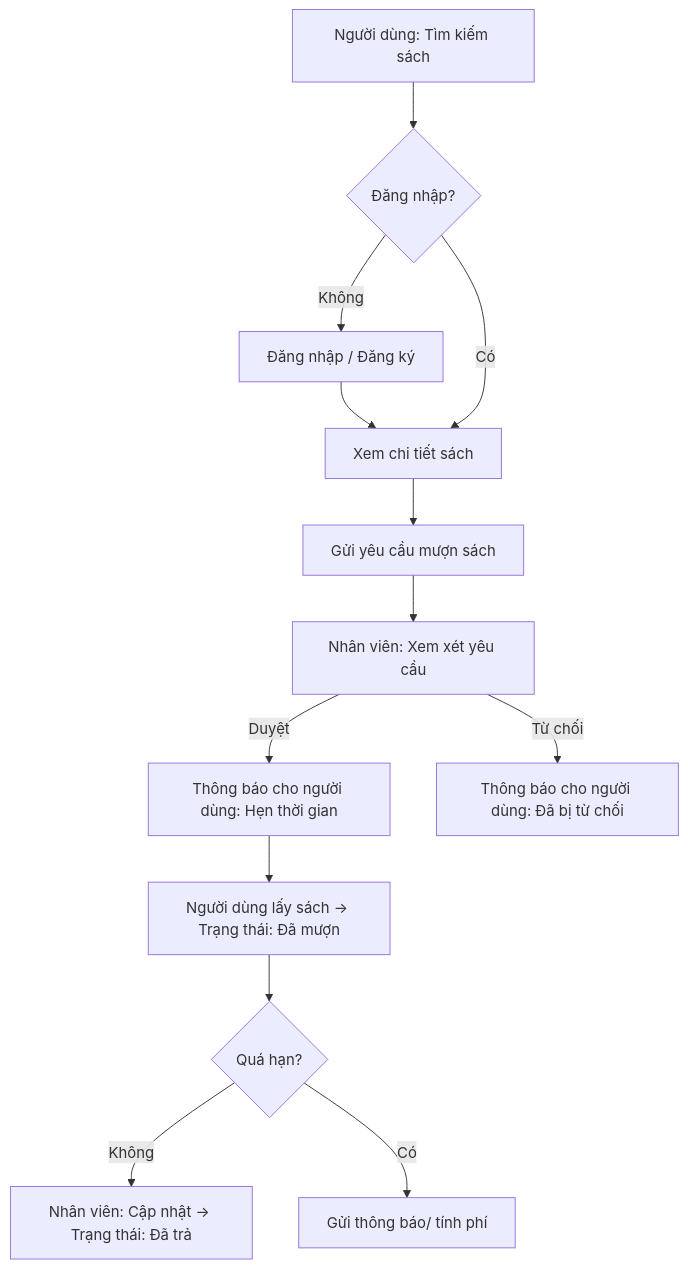
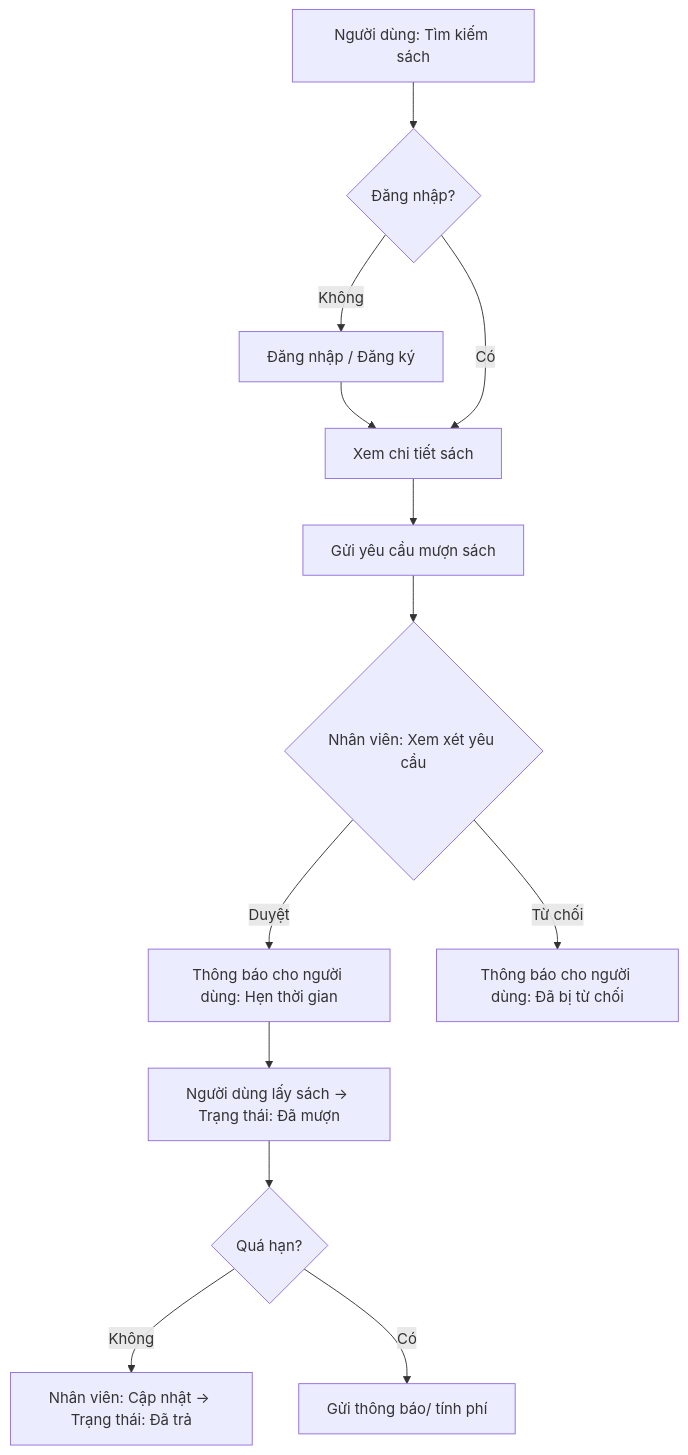
Before and after one commit to lthnhuw/Thu-vien: the diagram in README.md, drawn with Mermaid.

````diff
--- a/README.md
+++ b/README.md
@@ -33,15 +33,15 @@
 ```mermaid
 flowchart TD
   A[Người dùng: Tìm kiếm sách] --> B{Đăng nhập?}
   B -- Không --> C[Đăng nhập / Đăng ký]
   C --> D[Xem chi tiết sách]
   B -- Có --> D
   D --> E[Gửi yêu cầu mượn sách]
-  E --> F[Nhân viên: Xem xét yêu cầu]
+  E --> F{Nhân viên: Xem xét yêu cầu}
   F -- Duyệt --> G[Thông báo cho người dùng: Hẹn thời gian]
   F -- Từ chối --> H[Thông báo cho người dùng: Đã bị từ chối]
   G --> I[Người dùng lấy sách -> Trạng thái: Đã mượn]
   I --> L{Quá hạn?}
   L -- Không --> K[Nhân viên: Cập nhật -> Trạng thái: Đã trả]
   L -- Có --> M[Gửi thông báo/ tính phí]
 ```
````
